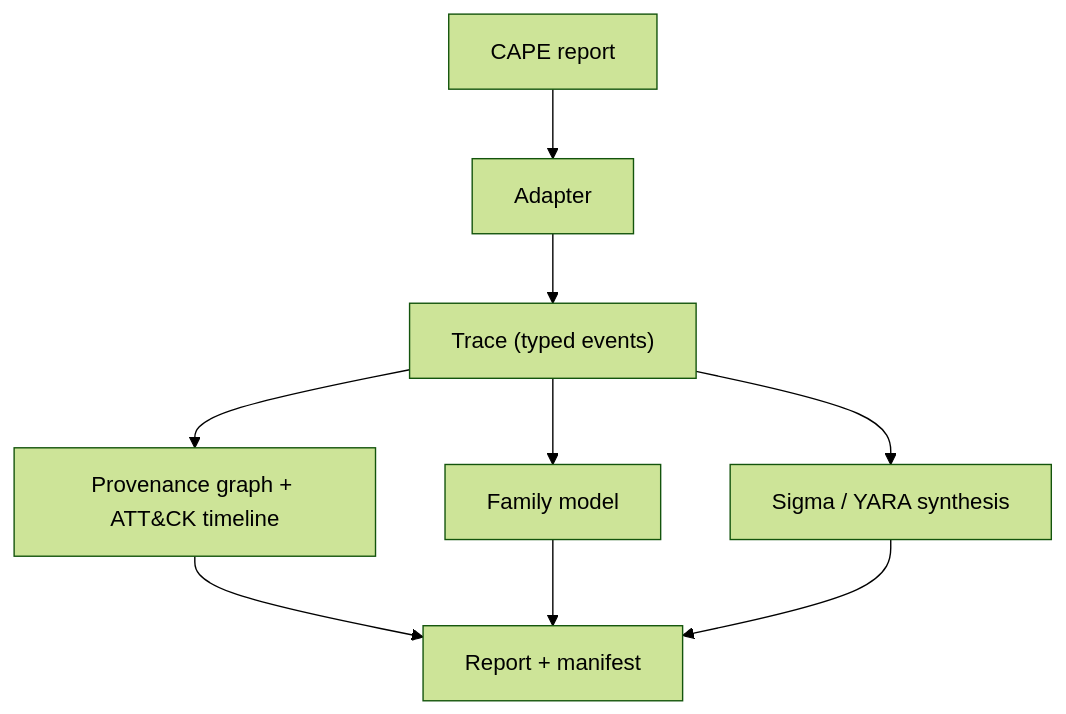
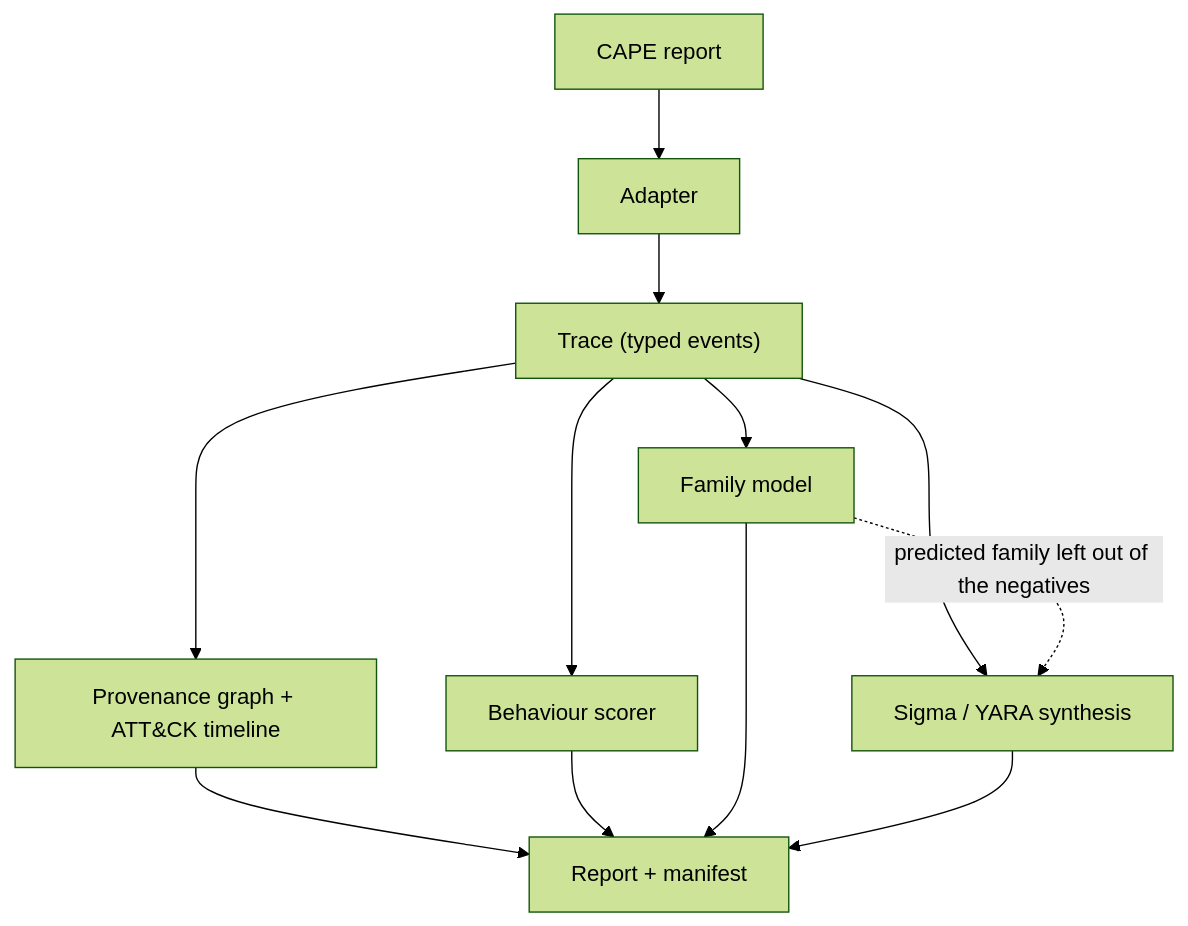
The diagram in docs/how-it-works.md (rakshit-737/specimen), drawn with Mermaid (forest theme) before and after one commit. The commit also changed other lines of this file and 26 other files, not shown here.

````diff
--- a/docs/how-it-works.md
+++ b/docs/how-it-works.md
@@ -5,11 +5,14 @@
 ```mermaid
 flowchart TB
   R["CAPE report"] --> A["Adapter"]
   A --> T["Trace (typed events)"]
   T --> P["Provenance graph + ATT&CK timeline"]
+  T --> B["Behaviour scorer"]
   T --> F["Family model"]
   T --> S["Sigma / YARA synthesis"]
+  F -.->|"predicted family left out of the negatives"| S
   P --> REP["Report + manifest"]
+  B --> REP
   F --> REP
   S --> REP
 ```
````
